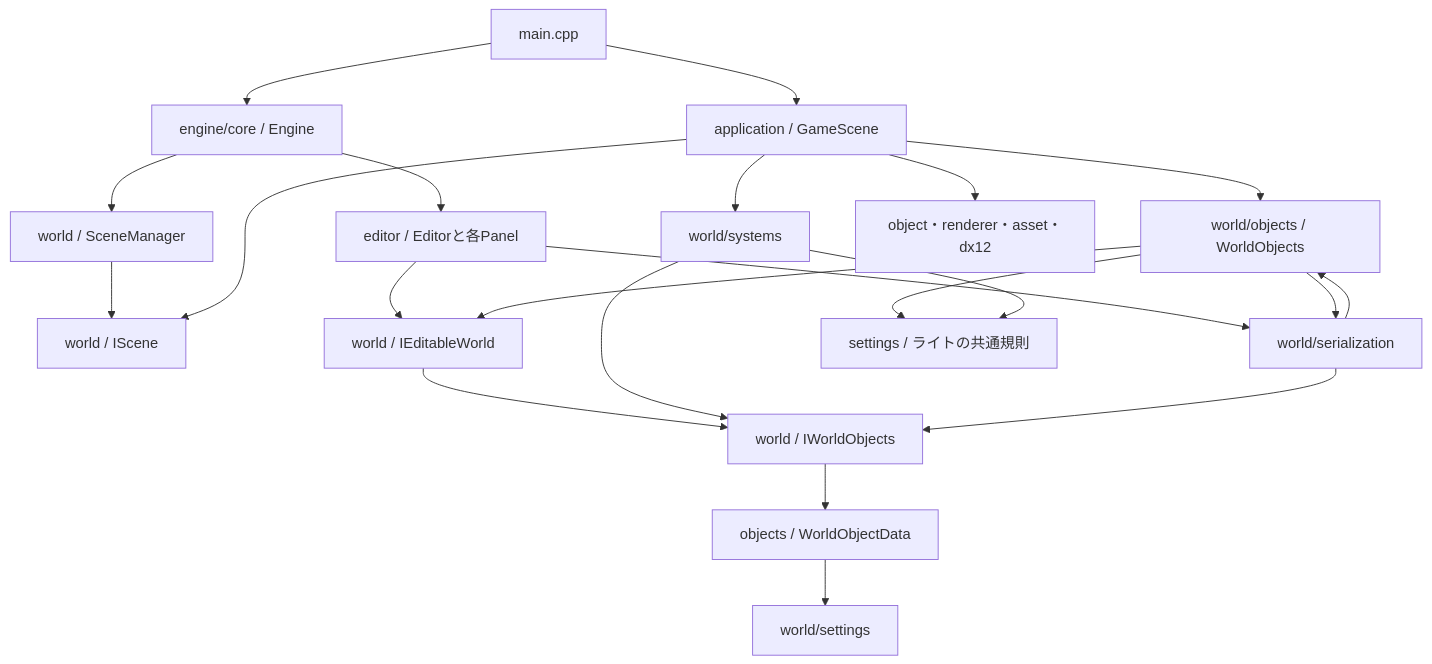
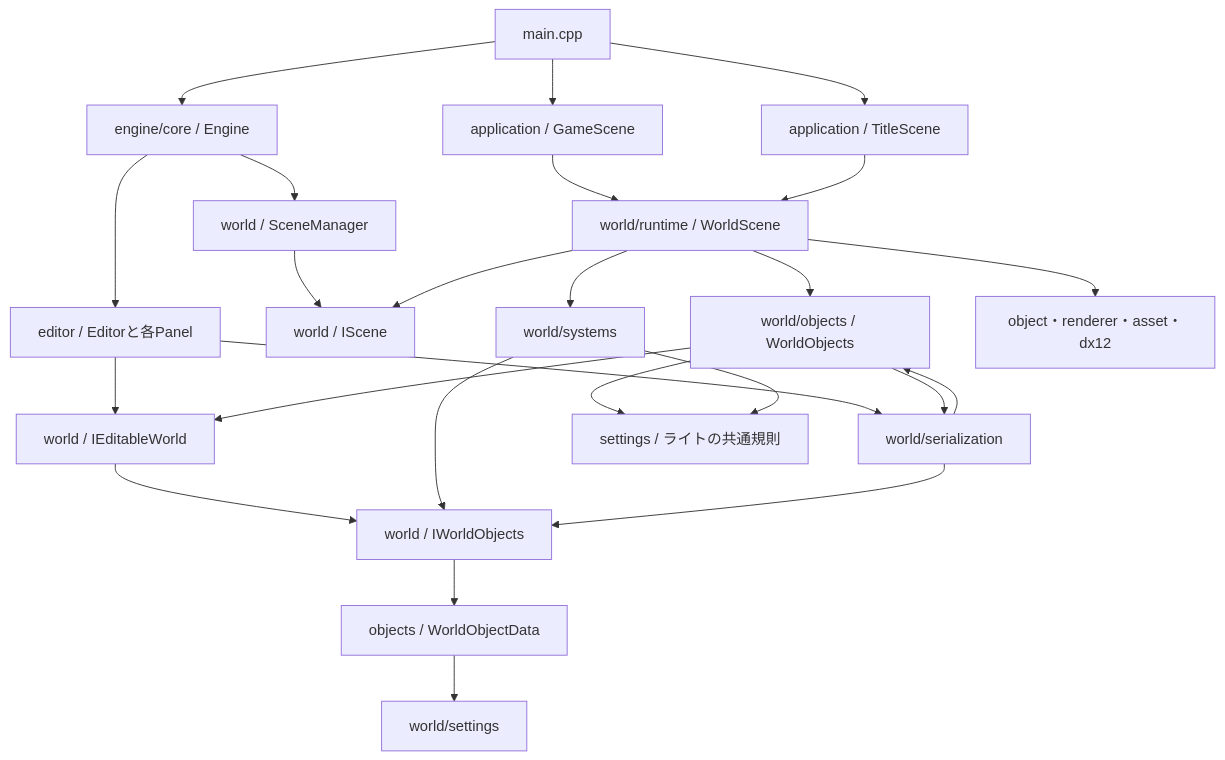
Before and after one commit to TAKATAN0829/PonEngine: the diagram in docs/dependencies.md, drawn with Mermaid. The commit also changed other lines of this file and 163 other files, not shown here.

````diff
--- a/docs/dependencies.md
+++ b/docs/dependencies.md
@@ -11,24 +11,27 @@
 ```mermaid
 flowchart TD
     Main[main.cpp] --> Game[application / GameScene]
+    Main --> Title[application / TitleScene]
     Main --> Engine[engine/core / Engine]
     Engine --> Manager[world / SceneManager]
     Engine --> Editor[editor / Editorと各Panel]
     Manager --> Scene[world / IScene]
-    Game --> Scene
-    Game --> Objects[world/objects / WorldObjects]
+    Game --> Runtime[world/runtime / WorldScene]
+    Title --> Runtime
+    Runtime --> Scene
+    Runtime --> Objects[world/objects / WorldObjects]
     Editor --> Interface[world / IEditableWorld]
     Objects --> Interface
     Interface --> Common[world / IWorldObjects]
     Common --> Data[objects / WorldObjectData]
-    Game --> Systems[world/systems]
-    Game --> Render[object・renderer・asset・dx12]
+    Runtime --> Systems[world/systems]
+    Runtime --> Render[object・renderer・asset・dx12]
     Data --> Components[world/settings]
     Systems --> Common
     Storage --> Common
     Editor --> Storage[world/serialization]
     Storage --> Objects
     Objects --> Storage
     Objects --> LightRules[settings / ライトの共通規則]
     Systems --> LightRules
 ```
````
